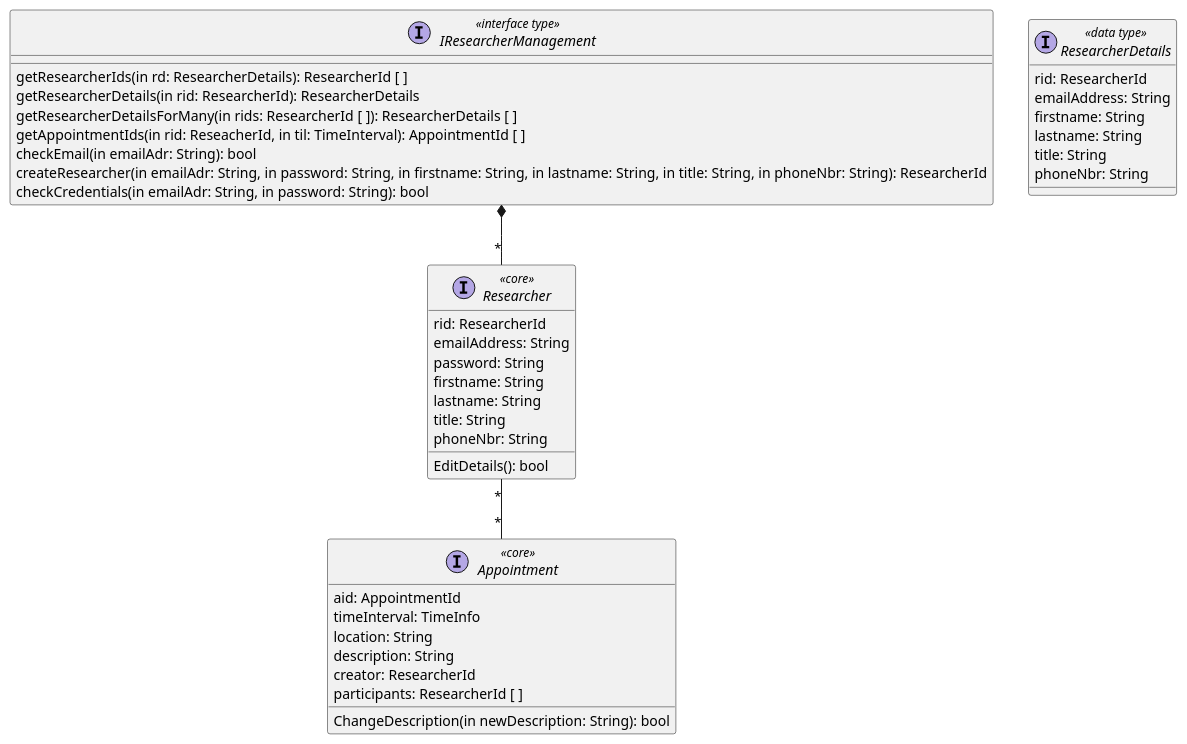
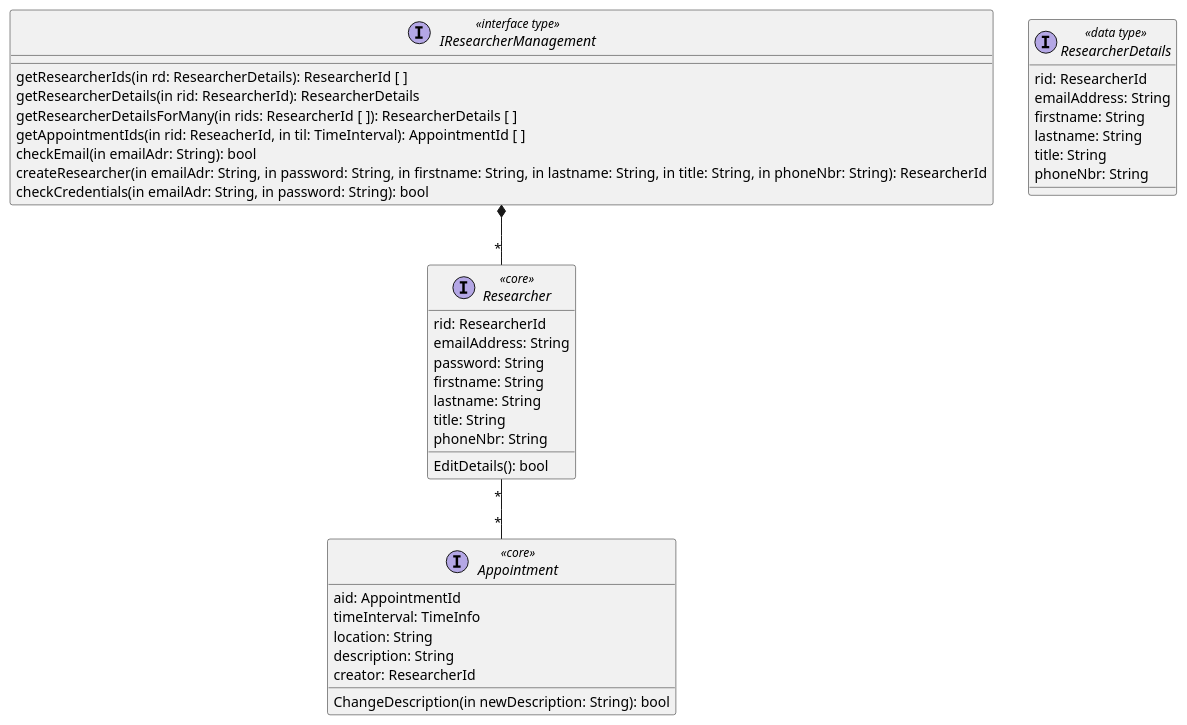
One commit to bugagashen6ka/quark changed the second of 3 diagrams in doc/ch7-component-specification/business-interface-specification-diagrams.org. Above: the diagram before and after it, drawn with PlantUML. The commit also changed other lines of this file, not shown here.

```diff
--- a/doc/ch7-component-specification/business-interface-specification-diagrams.org
+++ b/doc/ch7-component-specification/business-interface-specification-diagrams.org
@@ -39,44 +42,43 @@
   #+begin_src plantuml :file ./ireseacher_management.png
   interface IResearcherManagement << interface type >> {
     getResearcherIds(in rd: ResearcherDetails): ResearcherId [ ]
     getResearcherDetails(in rid: ResearcherId): ResearcherDetails
     getResearcherDetailsForMany(in rids: ResearcherId [ ]): ResearcherDetails [ ]
     getAppointmentIds(in rid: ReseacherId, in til: TimeInterval): AppointmentId [ ]
     checkEmail(in emailAdr: String): bool
     createResearcher(in emailAdr: String, in password: String, in firstname: String, in lastname: String, in title: String, in phoneNbr: String): ResearcherId
     checkCredentials(in emailAdr: String, in password: String): bool
   }
   
   interface Researcher << core >> {
     rid: ResearcherId
     emailAddress: String
     password: String
     firstname: String
     lastname: String
     title: String
     phoneNbr: String
     EditDetails(): bool
   }
 
   interface ResearcherDetails << data type >> {
     rid: ResearcherId
     emailAddress: String
     firstname: String
     lastname: String
     title: String
     phoneNbr: String
   }
 
   interface Appointment << core >> {
     aid: AppointmentId
     timeInterval: TimeInfo
     location: String
     description: String
     creator: ResearcherId
-    participants: ResearcherId [ ]
     ChangeDescription(in newDescription: String): bool
   }
 
   IResearcherManagement *-- "*" Researcher
   Researcher "*" -- "*" Appointment
   #+END_src
```
